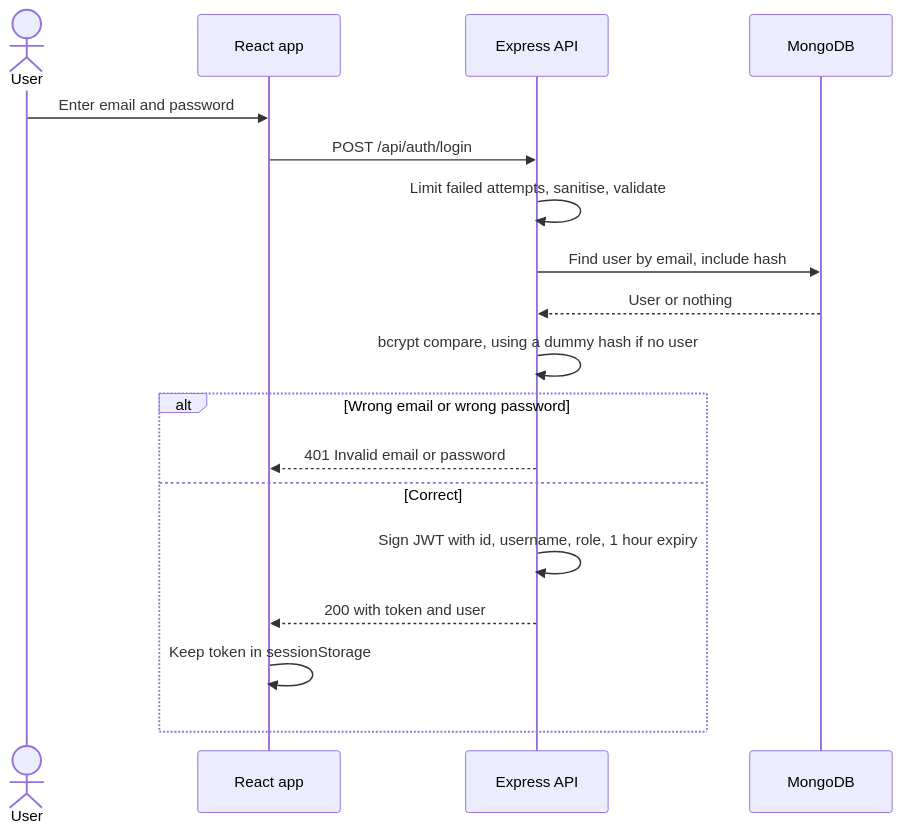
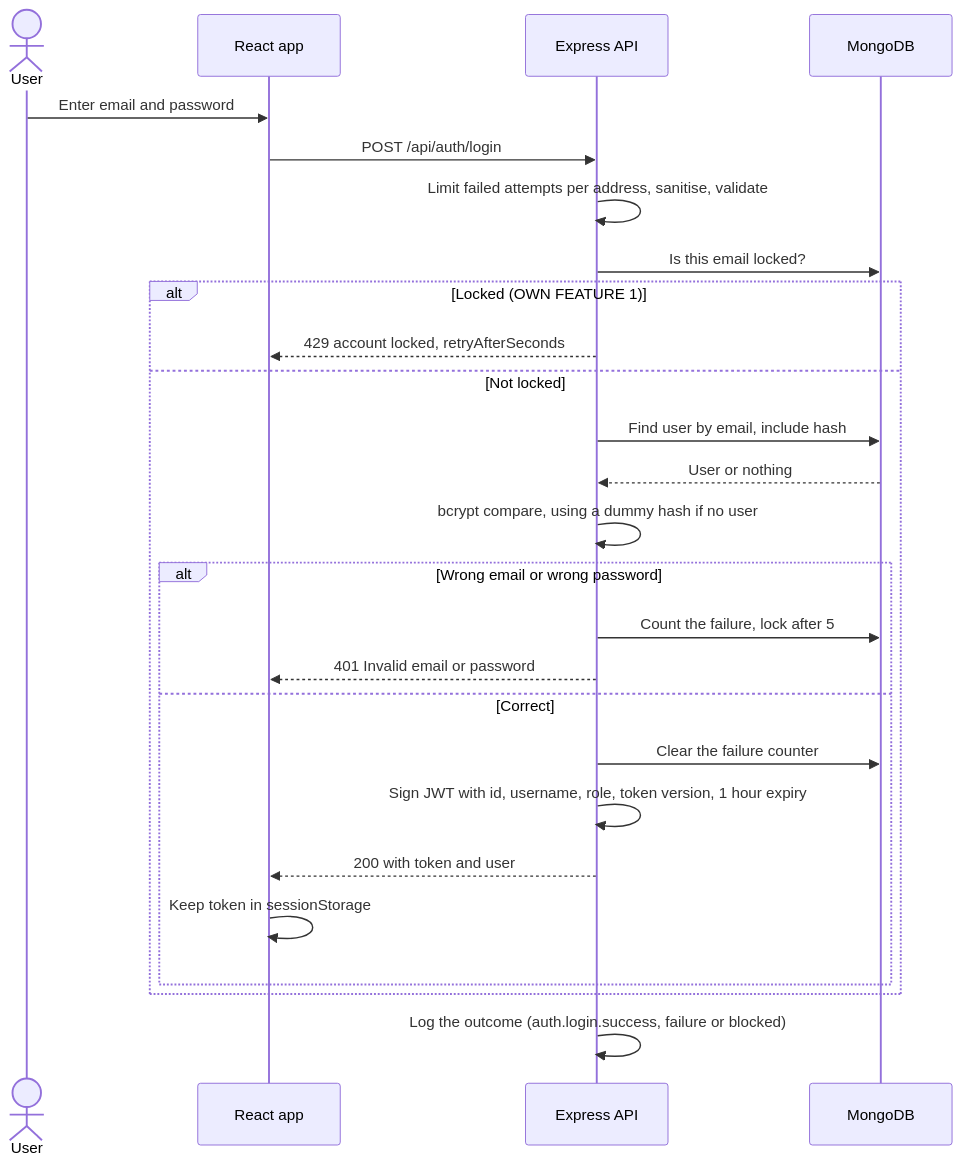
Before and after one commit to Moe-Alex/Hustlehub: the third of 10 diagrams in README.md, drawn with Mermaid. The commit also changed other lines of this file, not shown here.

````diff
--- a/README.md
+++ b/README.md
@@ -145,21 +172,29 @@
 ```mermaid
 sequenceDiagram
     actor U as User
     participant R as React app
     participant A as Express API
     participant D as MongoDB
 
     U->>R: Enter email and password
     R->>A: POST /api/auth/login
-    A->>A: Limit failed attempts, sanitise, validate
-    A->>D: Find user by email, include hash
-    D-->>A: User or nothing
-    A->>A: bcrypt compare, using a dummy hash if no user
-    alt Wrong email or wrong password
-        A-->>R: 401 Invalid email or password
-    else Correct
-        A->>A: Sign JWT with id, username, role, 1 hour expiry
-        A-->>R: 200 with token and user
-        R->>R: Keep token in sessionStorage
+    A->>A: Limit failed attempts per address, sanitise, validate
+    A->>D: Is this email locked?
+    alt Locked (OWN FEATURE 1)
+        A-->>R: 429 account locked, retryAfterSeconds
+    else Not locked
+        A->>D: Find user by email, include hash
+        D-->>A: User or nothing
+        A->>A: bcrypt compare, using a dummy hash if no user
+        alt Wrong email or wrong password
+            A->>D: Count the failure, lock after 5
+            A-->>R: 401 Invalid email or password
+        else Correct
+            A->>D: Clear the failure counter
+            A->>A: Sign JWT with id, username, role, token version, 1 hour expiry
+            A-->>R: 200 with token and user
+            R->>R: Keep token in sessionStorage
+        end
     end
+    A->>A: Log the outcome (auth.login.success, failure or blocked)
 ```
````
